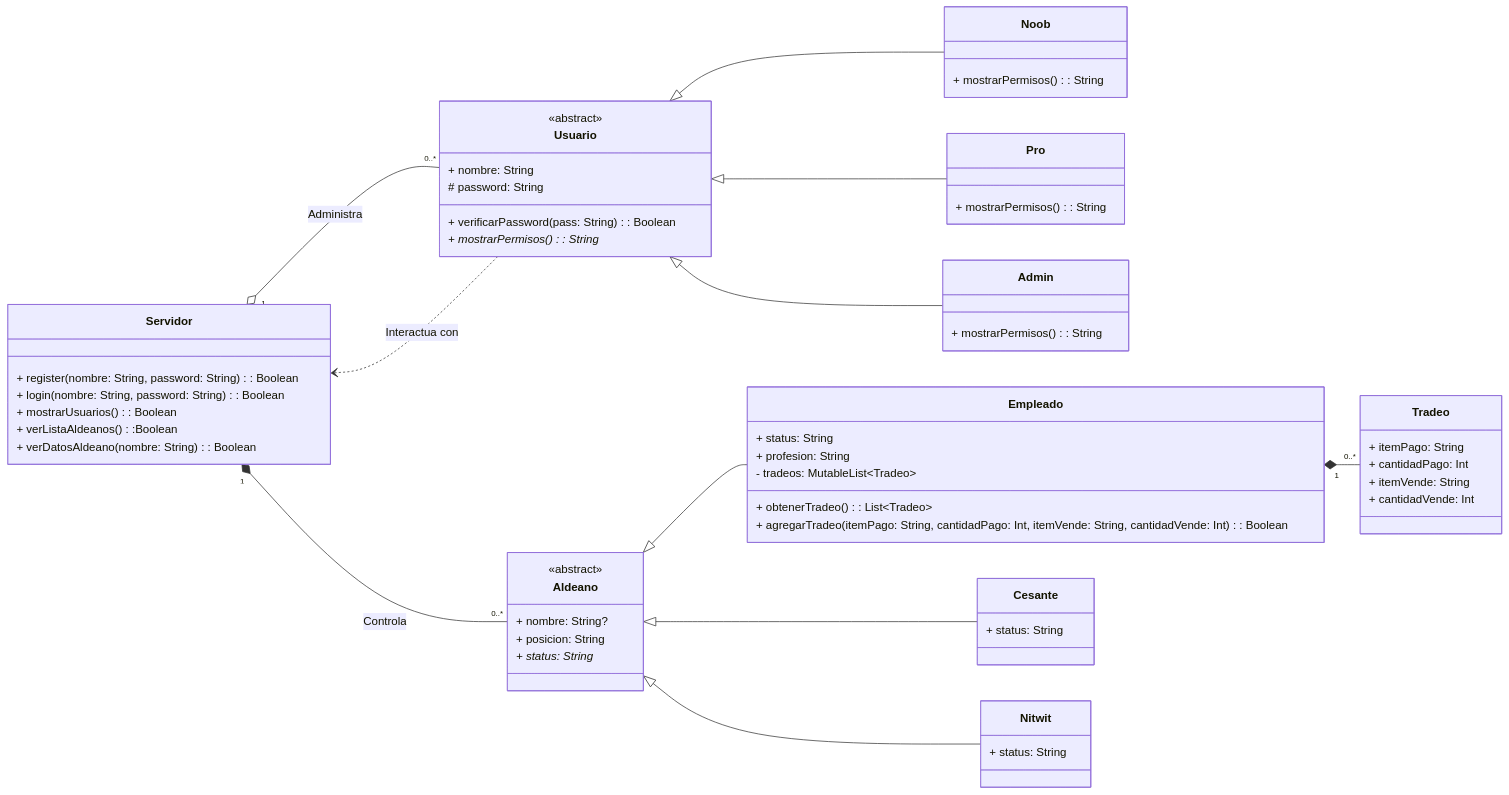
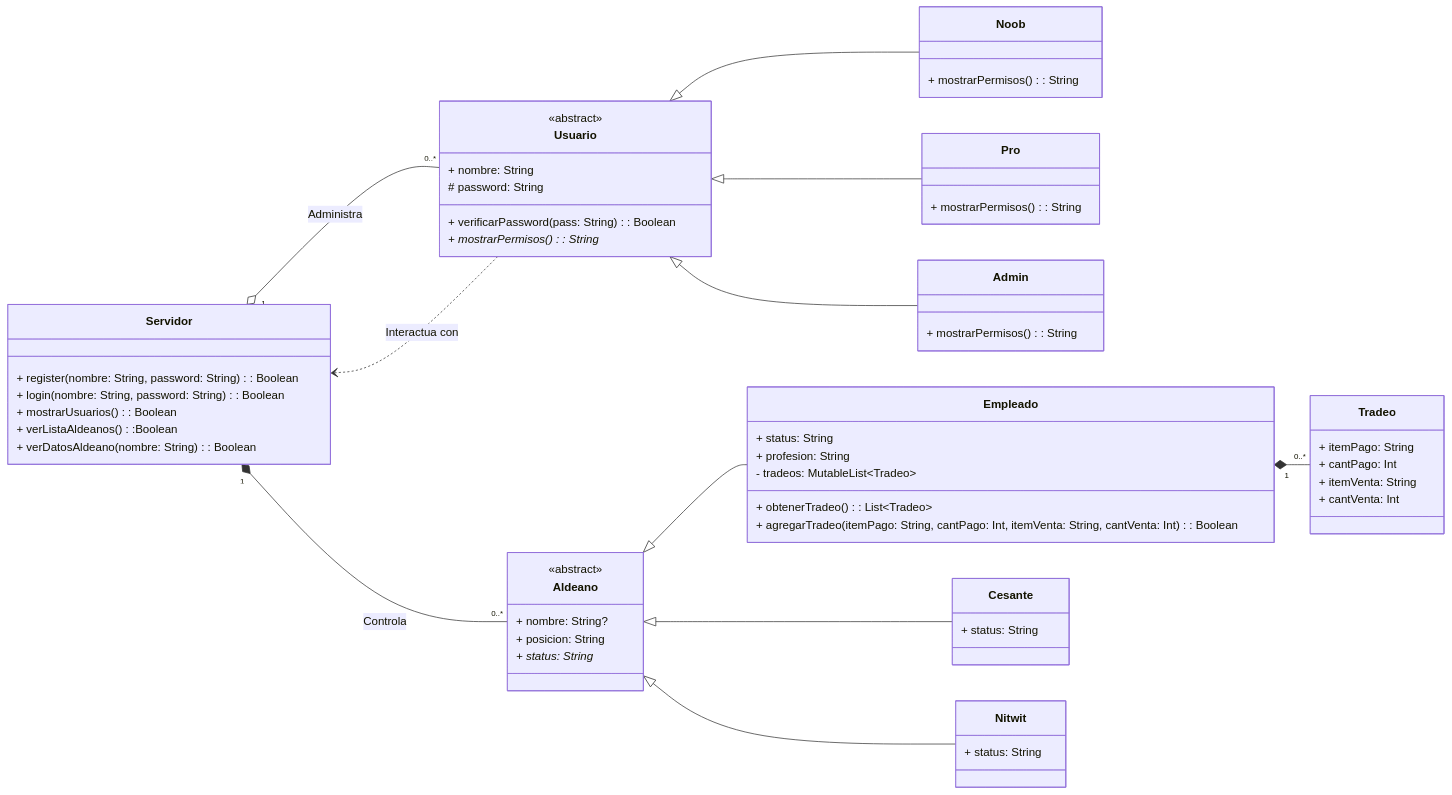
The diagram in README.md (carlos-moreno1/lab-kotlin1), drawn with Mermaid before and after one commit. The commit also changed 3 other files, not shown here.

````diff
--- a/README.md
+++ b/README.md
@@ -72,76 +72,76 @@
 ```mermaid
 classDiagram
     direction LR
     class Servidor {
         + register(nombre: String, password: String): Boolean
         + login(nombre: String, password: String): Boolean
         + mostrarUsuarios(): Boolean
         + verListaAldeanos():Boolean
         + verDatosAldeano(nombre: String): Boolean
     }
 
     class Usuario {
         <<abstract>>
         + nombre: String
         # password: String
         + verificarPassword(pass: String): Boolean
         + mostrarPermisos(): String*
     }
 
     class Noob {
         + mostrarPermisos(): String
     }
     
     class Pro {
         + mostrarPermisos(): String
     }
     
     class Admin {
         + mostrarPermisos(): String
     }
 
     class Aldeano {
         <<abstract>>
         + nombre: String?
         + posicion: String
         + status: String*
     }
 
     class Empleado {
         + status: String
         + profesion: String
         - tradeos: MutableList~Tradeo~
         + obtenerTradeo(): List~Tradeo~
-        + agregarTradeo(itemPago: String, cantidadPago: Int, itemVende: String, cantidadVende: Int): Boolean
+        + agregarTradeo(itemPago: String, cantPago: Int, itemVenta: String, cantVenta: Int): Boolean
     }
 
     class Cesante {
         + status: String
     }
 
     class Nitwit {
         + status: String
     }
 
     class Tradeo {
         + itemPago: String
-        + cantidadPago: Int
-        + itemVende: String
-        + cantidadVende: Int 
+        + cantPago: Int
+        + itemVenta: String
+        + cantVenta: Int
     }
 
     %% HERENCIA
     Aldeano <|-- Empleado
     Aldeano <|-- Cesante
     Aldeano <|-- Nitwit
 
     Usuario <|-- Noob
     Usuario <|-- Pro
     Usuario <|-- Admin
 
     %% RELACIONES
     Empleado "1" *-- "0..*" Tradeo
     Servidor "1" *-- "0..*" Aldeano : Controla
     Servidor "1" o-- "0..*" Usuario : Administra
     Usuario ..> Servidor : Interactua con
 ```
````
